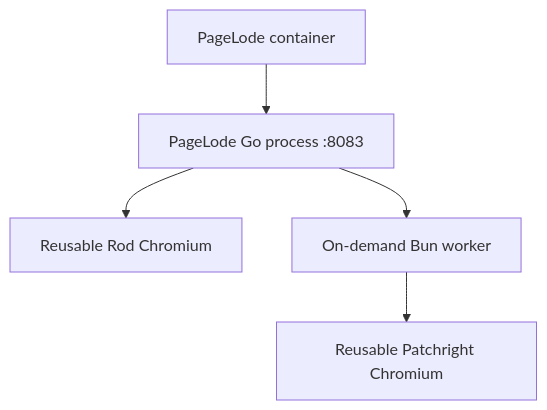
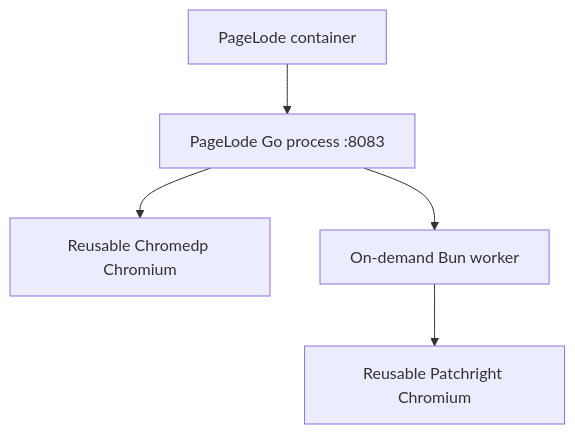
Before and after one commit to simonbalfe/pagelode: the seventh of 7 diagrams in docs/architecture.md, drawn with Mermaid. The commit also changed other lines of this file and 57 other files, not shown here.

````diff
--- a/docs/architecture.md
+++ b/docs/architecture.md
@@ -261,8 +275,8 @@
 ```mermaid
 flowchart TB
     Container[PageLode container]
     Container --> Go[PageLode Go process :8083]
-    Go --> RodBrowser[Reusable Rod Chromium]
+    Go --> ChromedpBrowser[Reusable Chromedp Chromium]
     Go --> Worker[On-demand Bun worker]
     Worker --> PatchBrowser[Reusable Patchright Chromium]
 ```
````
